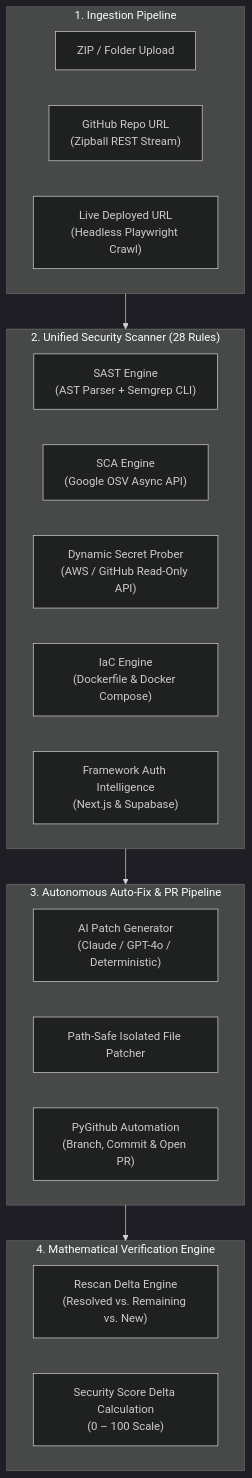
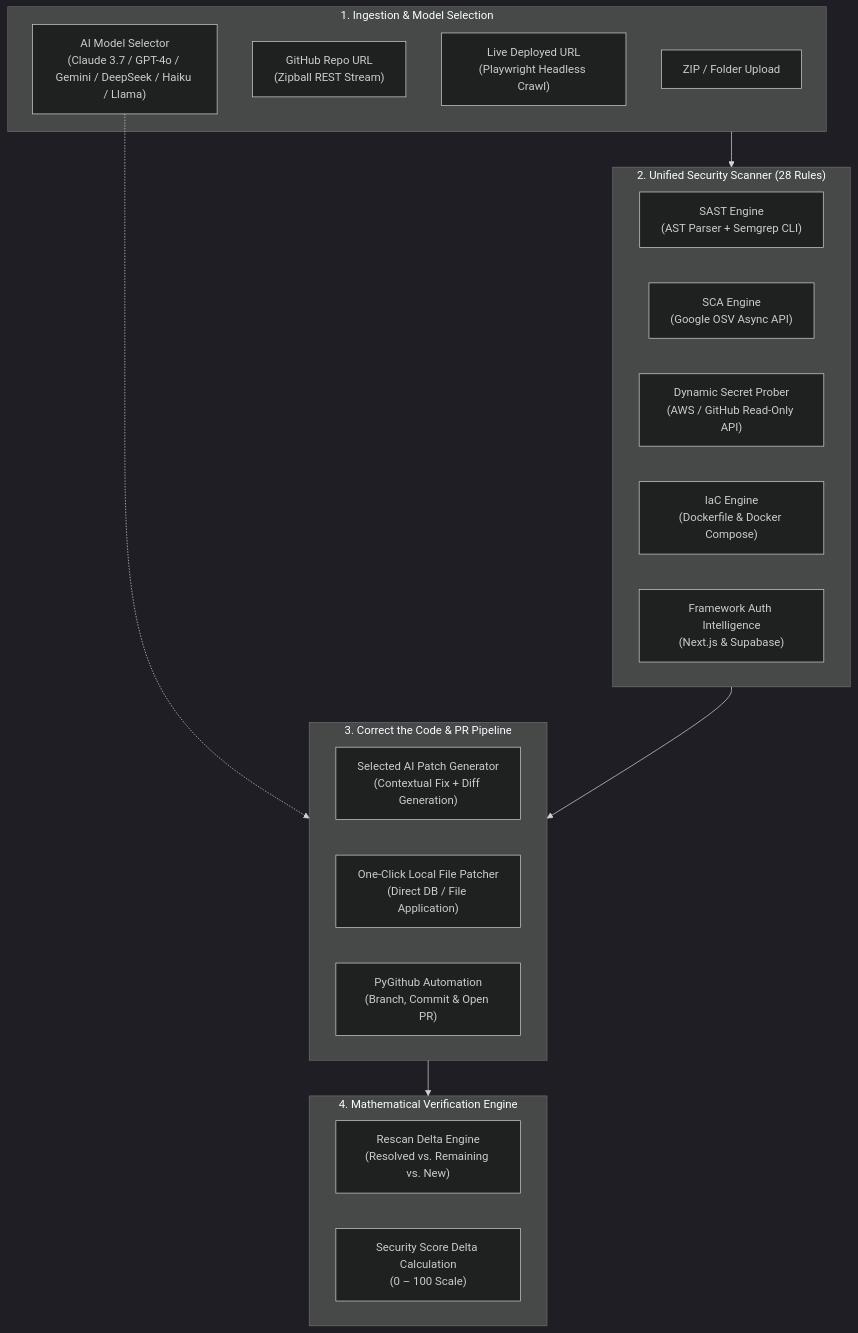
The diagram in README.md (Akashkushwaha04/PatchPilot), drawn with Mermaid (dark theme) before and after one commit. The commit also changed other lines of this file, not shown here.

Commit message:
docs: update README with multi-AI model benchmarks, visionOS liquid design, and Correct the Code feature

````diff
--- a/README.md
+++ b/README.md
@@ -35,31 +78,33 @@
 ```mermaid
 flowchart TD
-    subgraph INGESTION["1. Ingestion Pipeline"]
+    subgraph INGESTION["1. Ingestion & Model Selection"]
         A["ZIP / Folder Upload"]
         B["GitHub Repo URL\n(Zipball REST Stream)"]
-        C["Live Deployed URL\n(Headless Playwright Crawl)"]
+        C["Live Deployed URL\n(Playwright Headless Crawl)"]
+        MOD["AI Model Selector\n(Claude 3.7 / GPT-4o / Gemini / DeepSeek / Haiku / Llama)"]
     end
 
     subgraph DETECTION["2. Unified Security Scanner (28 Rules)"]
         D["SAST Engine\n(AST Parser + Semgrep CLI)"]
         E["SCA Engine\n(Google OSV Async API)"]
         F["Dynamic Secret Prober\n(AWS / GitHub Read-Only API)"]
         G["IaC Engine\n(Dockerfile & Docker Compose)"]
         H["Framework Auth Intelligence\n(Next.js & Supabase)"]
     end
 
-    subgraph REMEDIATION["3. Autonomous Auto-Fix & PR Pipeline"]
-        I["AI Patch Generator\n(Claude / GPT-4o / Deterministic)"]
-        J["Path-Safe Isolated File Patcher"]
+    subgraph REMEDIATION["3. Correct the Code & PR Pipeline"]
+        I["Selected AI Patch Generator\n(Contextual Fix + Diff Generation)"]
+        J["One-Click Local File Patcher\n(Direct DB / File Application)"]
         K["PyGithub Automation\n(Branch, Commit & Open PR)"]
     end
 
     subgraph VERIFICATION["4. Mathematical Verification Engine"]
         L["Rescan Delta Engine\n(Resolved vs. Remaining vs. New)"]
         M["Security Score Delta Calculation\n(0 – 100 Scale)"]
     end
 
     INGESTION --> DETECTION
+    MOD -.-> REMEDIATION
     DETECTION --> REMEDIATION
     REMEDIATION --> VERIFICATION
 ```
````
